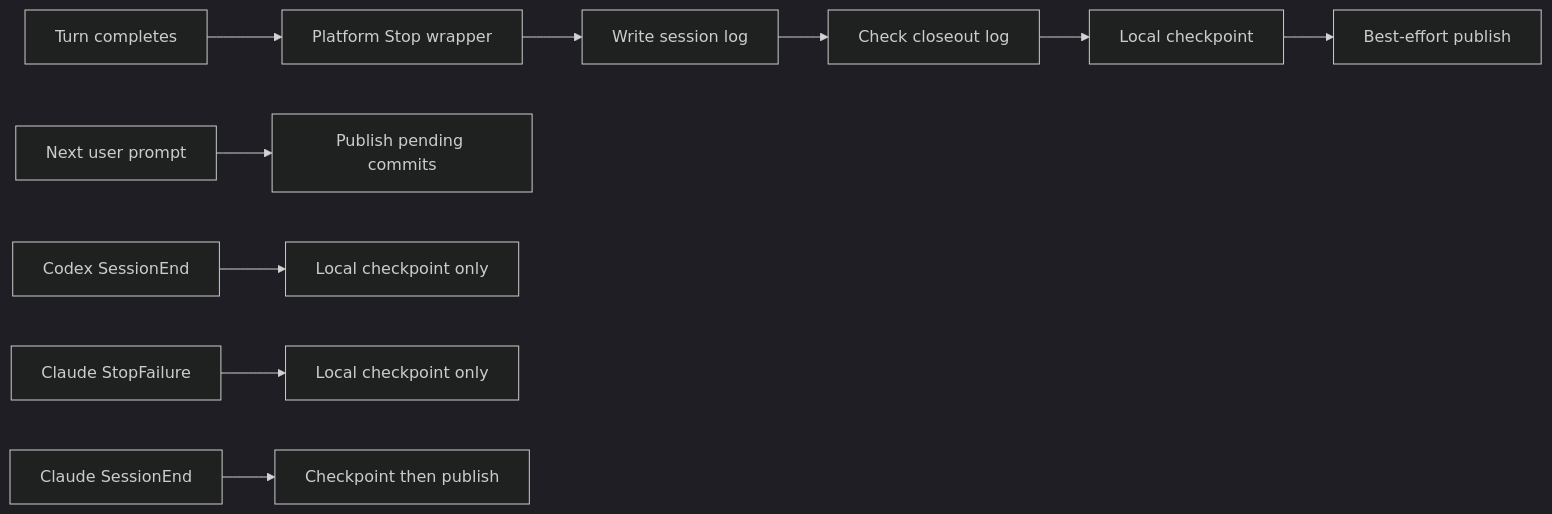
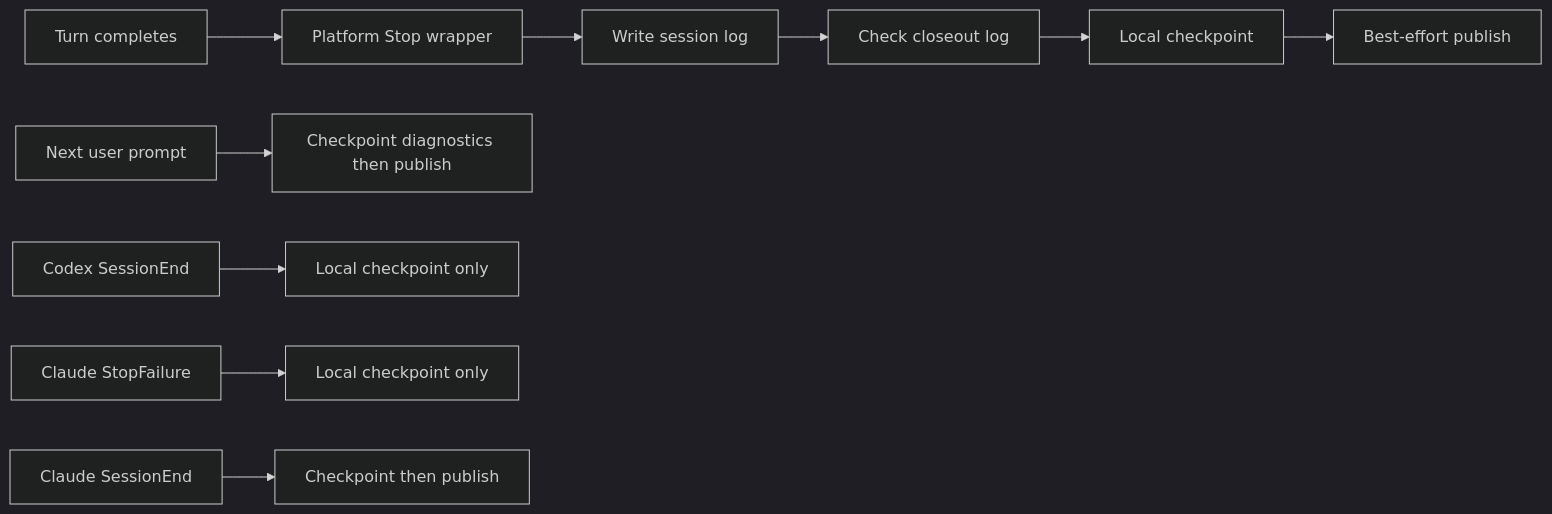
The diagram in plans/ai-state-lifecycle-sync.md (Ghisso/github_copilot_bootstrap), drawn with Mermaid (dark theme) before and after one commit. The commit also changed other lines of this file and 17 other files, not shown here.

````diff
--- a/plans/ai-state-lifecycle-sync.md
+++ b/plans/ai-state-lifecycle-sync.md
@@ -95,12 +97,12 @@
 ```mermaid
 flowchart LR
     Turn[Turn completes] --> Stop[Platform Stop wrapper]
     Stop --> Log[Write session log]
     Log --> Check[Check closeout log]
     Check --> CP[Local checkpoint]
     CP --> Pub[Best-effort publish]
-    Prompt[Next user prompt] --> Retry[Publish pending commits]
+    Prompt[Next user prompt] --> Retry[Checkpoint diagnostics then publish]
     CEnd[Codex SessionEnd] --> CCP[Local checkpoint only]
     CFail[Claude StopFailure] --> FCP[Local checkpoint only]
     ClEnd[Claude SessionEnd] --> ClPush[Checkpoint then publish]
 ```
````
